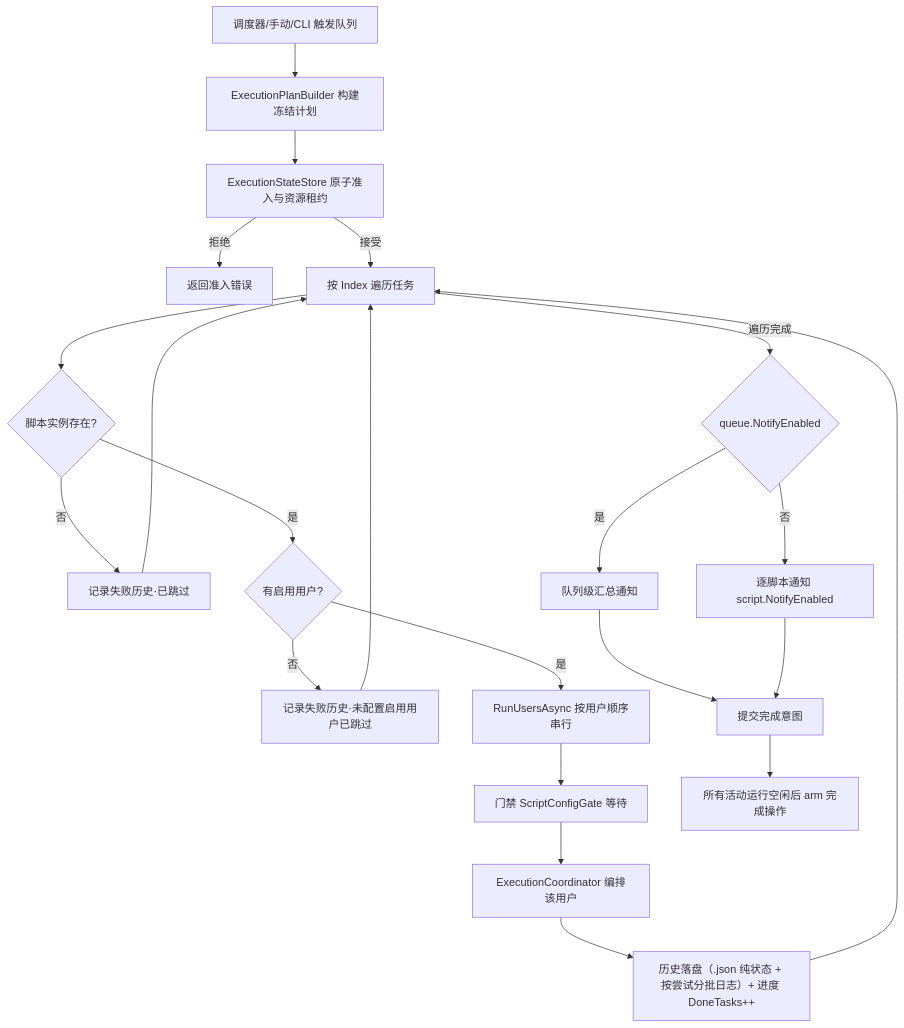
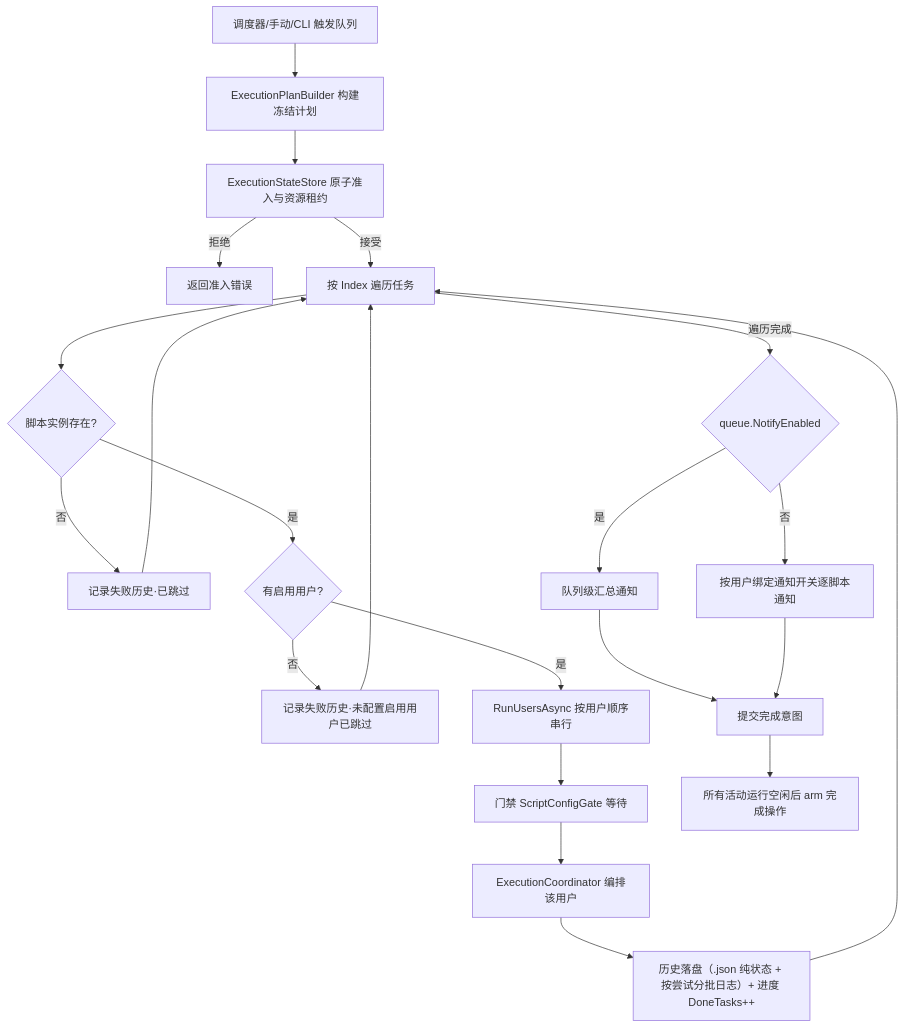
The second of 4 diagrams in docs/DESIGN.md (FlappiBakuse/NexusPipeline), drawn with Mermaid before and after one commit. The commit also changed other lines of this file and 43 other files, not shown here.

````diff
--- a/docs/DESIGN.md
+++ b/docs/DESIGN.md
@@ -145,24 +150,24 @@
 ```mermaid
 flowchart TD
     A[调度器/手动/CLI 触发队列] --> B[ExecutionPlanBuilder 构建冻结计划]
     B --> C[ExecutionStateStore 原子准入与资源租约]
     C -- 拒绝 --> X[返回准入错误]
     C -- 接受 --> D[按 Index 遍历任务]
     D --> E{脚本实例存在?}
     E -- 否 --> F[记录失败历史·已跳过]
     E -- 是 --> G{有启用用户?}
     G -- 否 --> H[记录失败历史·未配置启用用户已跳过]
     G -- 是 --> I[RunUsersAsync 按用户顺序串行]
     I --> J[门禁 ScriptConfigGate 等待]
     J --> K[ExecutionCoordinator 编排该用户]
     K --> L[历史落盘（.json 纯状态 + 按尝试分批日志）+ 进度 DoneTasks++]
     L --> D
     F --> D
     H --> D
     D -- 遍历完成 --> M{queue.NotifyEnabled}
     M -- 是 --> N[队列级汇总通知]
-    M -- 否 --> O[逐脚本通知 script.NotifyEnabled]
+    M -- 否 --> O[按用户绑定通知开关逐脚本通知]
     N --> P[提交完成意图]
     O --> P
     P --> Q[所有活动运行空闲后 arm 完成操作]
 ```
````
